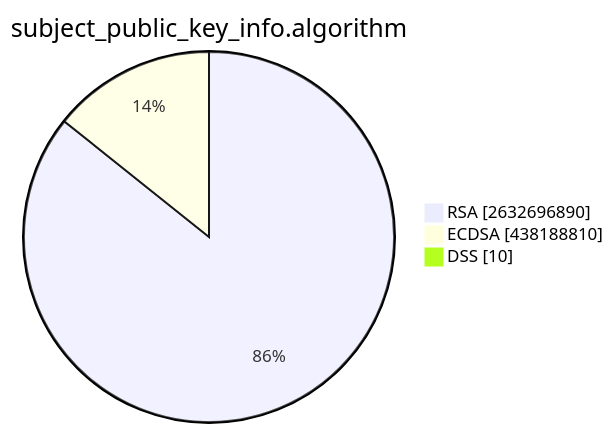
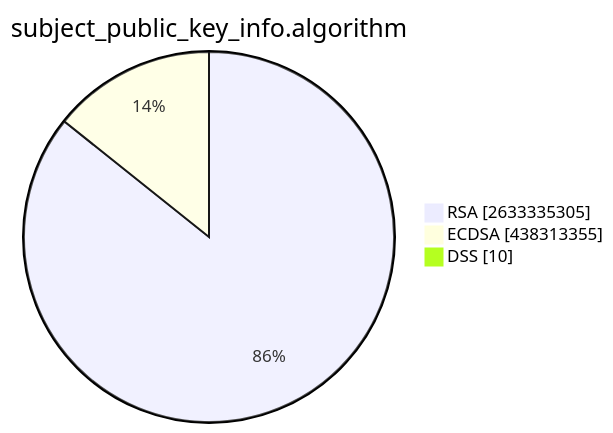
One commit to christiankrug/ctmonitor_visualization changed the second of 15 diagrams in TOTAL/README.md. Above: the diagram before and after it, drawn with Mermaid. The commit also changed other lines of this file, not shown here.

````diff
--- a/TOTAL/README.md
+++ b/TOTAL/README.md
@@ -6,7 +6,7 @@
 ```mermaid
 pie showData
 title subject_public_key_info.algorithm
-"RSA" :2632696890
-"ECDSA" :438188810
+"RSA" :2633335305
+"ECDSA" :438313355
 "DSS" :10
 ```
````
